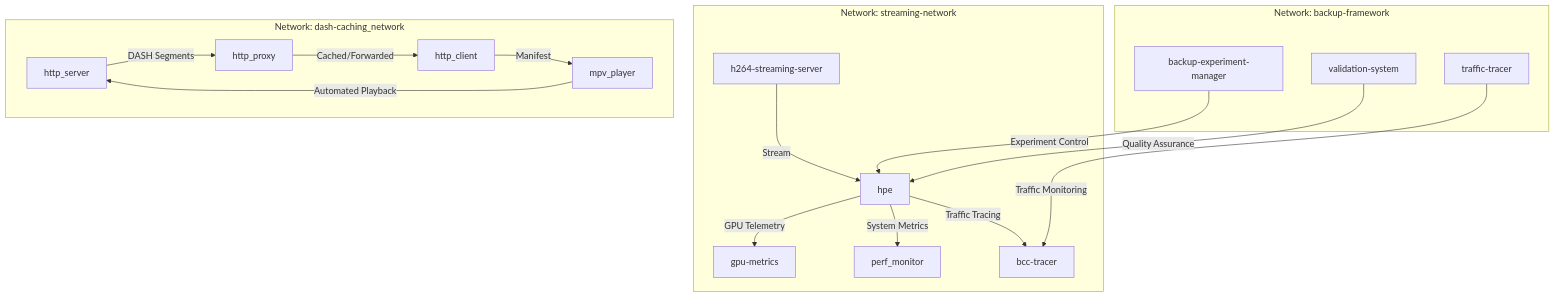
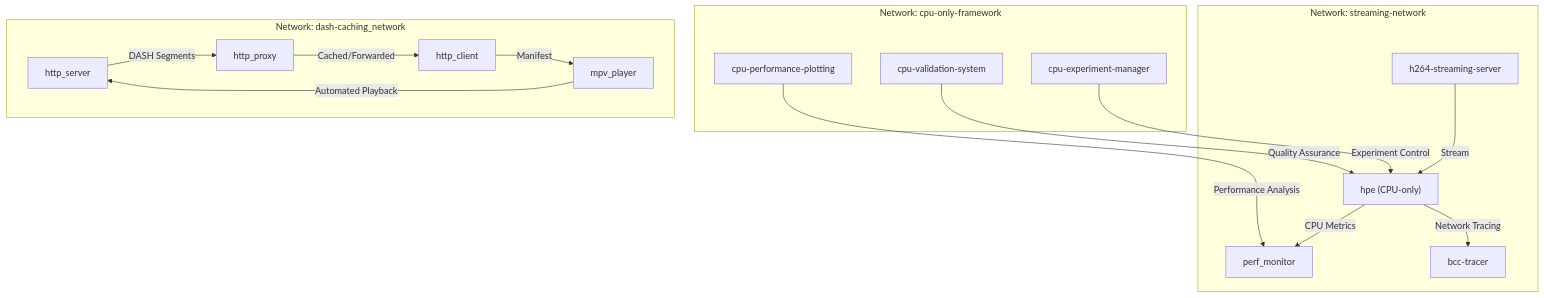
One commit to Fogus-Gr/MeasurementsDTs changed the second of 3 diagrams in .qoder/repowiki/en/content/Deployment Infrastructure/Containerization and Docker Configuration.md. Above: the diagram before and after it, drawn with Mermaid. The commit also changed other lines of this file and 5 other files, not shown here.

````diff
--- a/.qoder/repowiki/en/content/Deployment Infrastructure/Containerization and Docker Configuration.md
+++ b/.qoder/repowiki/en/content/Deployment Infrastructure/Containerization and Docker Configuration.md
@@ -203,32 +207,30 @@
 ```mermaid
 graph TB
 subgraph "Network: streaming-network"
 S["h264-streaming-server"]
-H["hpe"]
-G["gpu-metrics"]
+H["hpe (CPU-only)"]
 P["perf_monitor"]
 T["bcc-tracer"]
 end
-subgraph "Network: backup-framework"
-BE["backup-experiment-manager"]
-BV["validation-system"]
-BT["traffic-tracer"]
+subgraph "Network: cpu-only-framework"
+CF["cpu-experiment-manager"]
+CV["cpu-validation-system"]
+CP["cpu-performance-plotting"]
 end
 subgraph "Network: dash-caching_network"
 DS["http_server"]
 DP["http_proxy"]
 DC["http_client"]
 DM["mpv_player"]
 end
 S --> |"Stream"| H
-H --> |"GPU Telemetry"| G
-H --> |"System Metrics"| P
-H --> |"Traffic Tracing"| T
-BE --> |"Experiment Control"| H
-BV --> |"Quality Assurance"| H
-BT --> |"Traffic Monitoring"| T
+H --> |"CPU Metrics"| P
+H --> |"Network Tracing"| T
+CF --> |"Experiment Control"| H
+CV --> |"Quality Assurance"| H
+CP --> |"Performance Analysis"| P
 DS --> |"DASH Segments"| DP
 DP --> |"Cached/Forwarded"| DC
 DC --> |"Manifest"| DM
 DM --> |"Automated Playback"| DS
 ```
````
